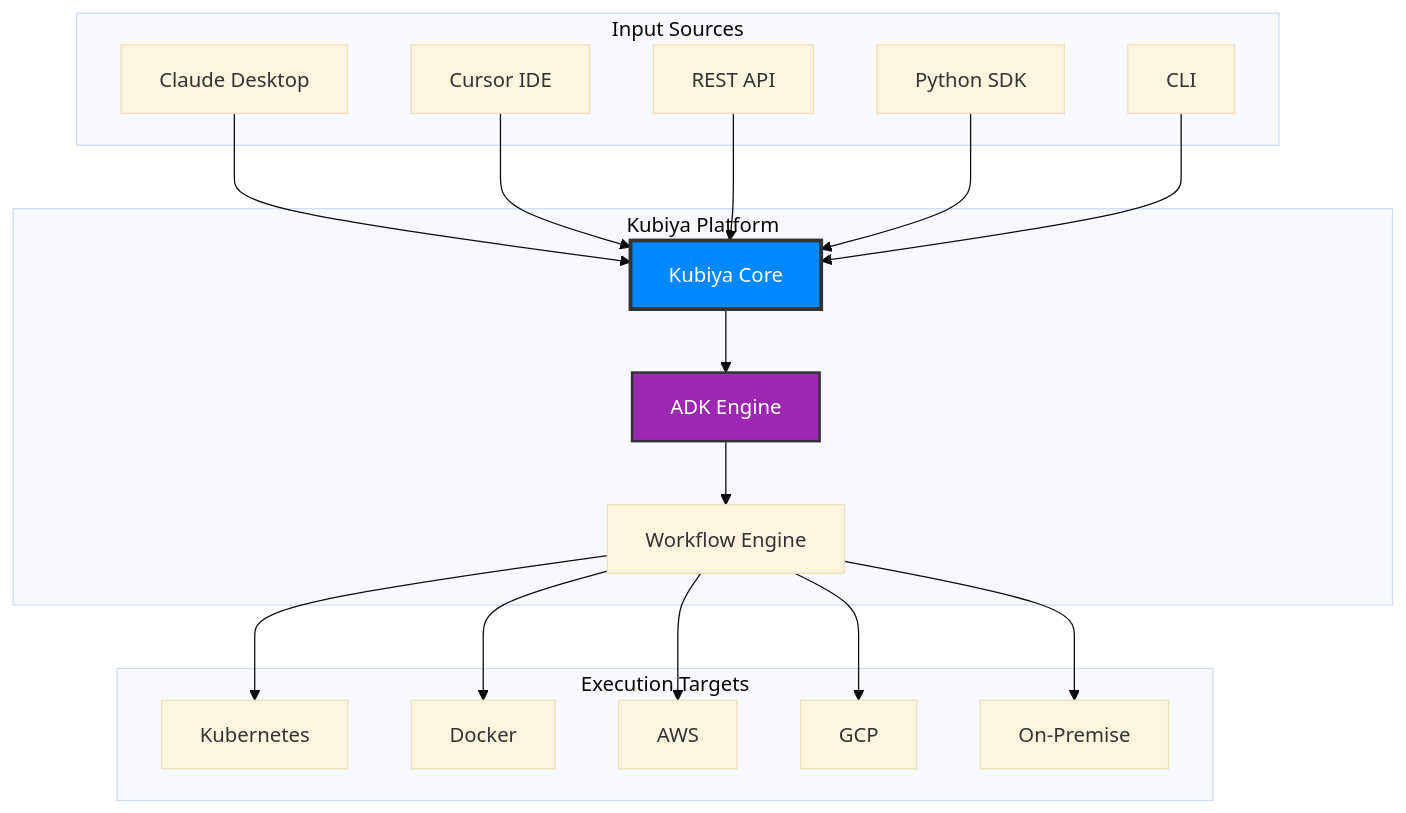
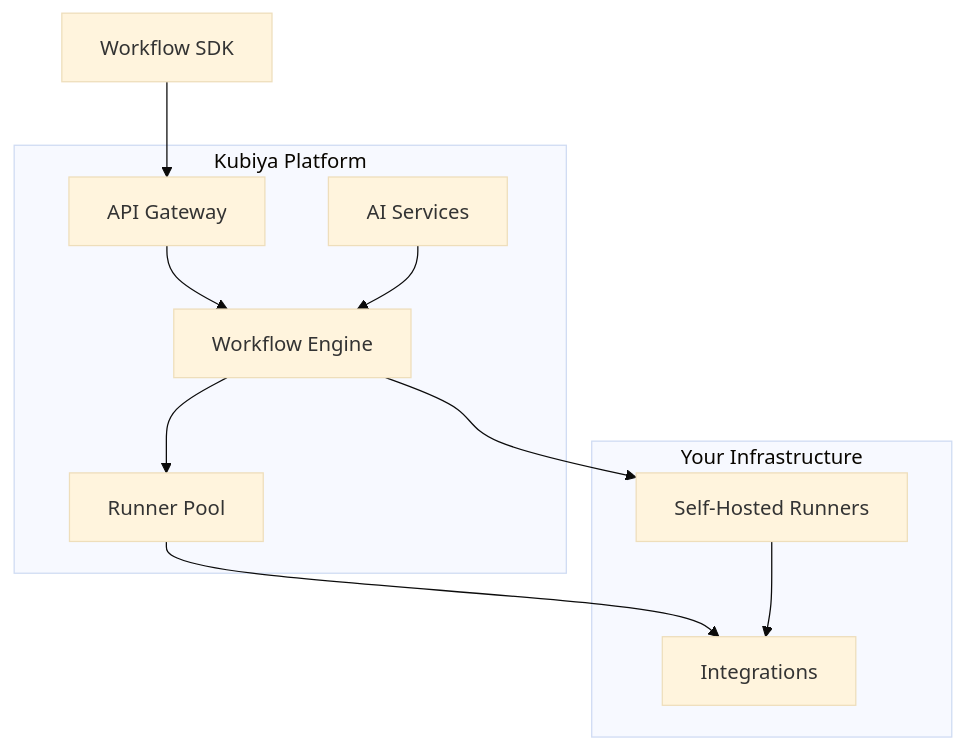
Before and after one commit to kubiyabot/workflow_sdk: the diagram in docs/kubiya/concepts/platform-overview.mdx, drawn with Mermaid (base theme). The commit also changed other lines of this file and 17 other files, not shown here.

````diff
--- a/docs/kubiya/concepts/platform-overview.mdx
+++ b/docs/kubiya/concepts/platform-overview.mdx
@@ -292,42 +34,22 @@
 ```mermaid
-graph TD
-    subgraph "Input Sources"
-        I1[Claude Desktop]
-        I2[Cursor IDE]
-        I3[REST API]
-        I4[Python SDK]
-        I5[CLI]
+graph TB
+    subgraph "Kubiya Platform"
+        API[API Gateway]
+        WE[Workflow Engine]
+        AI[AI Services]
+        R[Runner Pool]
     end
     
-    subgraph "Kubiya Platform"
-        CORE[Kubiya Core]
-        ADK[ADK Engine]
-        WF[Workflow Engine]
+    subgraph "Your Infrastructure"
+        SR[Self-Hosted Runners]
+        I[Integrations]
     end
     
-    subgraph "Execution Targets"
-        E1[Kubernetes]
-        E2[Docker]
-        E3[AWS]
-        E4[GCP]
-        E5[On-Premise]
-    end
-    
-    I1 --> CORE
-    I2 --> CORE
-    I3 --> CORE
-    I4 --> CORE
-    I5 --> CORE
-    
-    CORE --> ADK
-    ADK --> WF
-    
-    WF --> E1
-    WF --> E2
-    WF --> E3
-    WF --> E4
-    WF --> E5
-    
-    style CORE fill:#0088ff,stroke:#333,stroke-width:3px,color:#fff
-    style ADK fill:#9C27B0,stroke:#333,stroke-width:2px,color:#fff
+    SDK[Workflow SDK] --> API
+    API --> WE
+    WE --> R
+    WE --> SR
+    AI --> WE
+    R --> I
+    SR --> I
 ```
````
